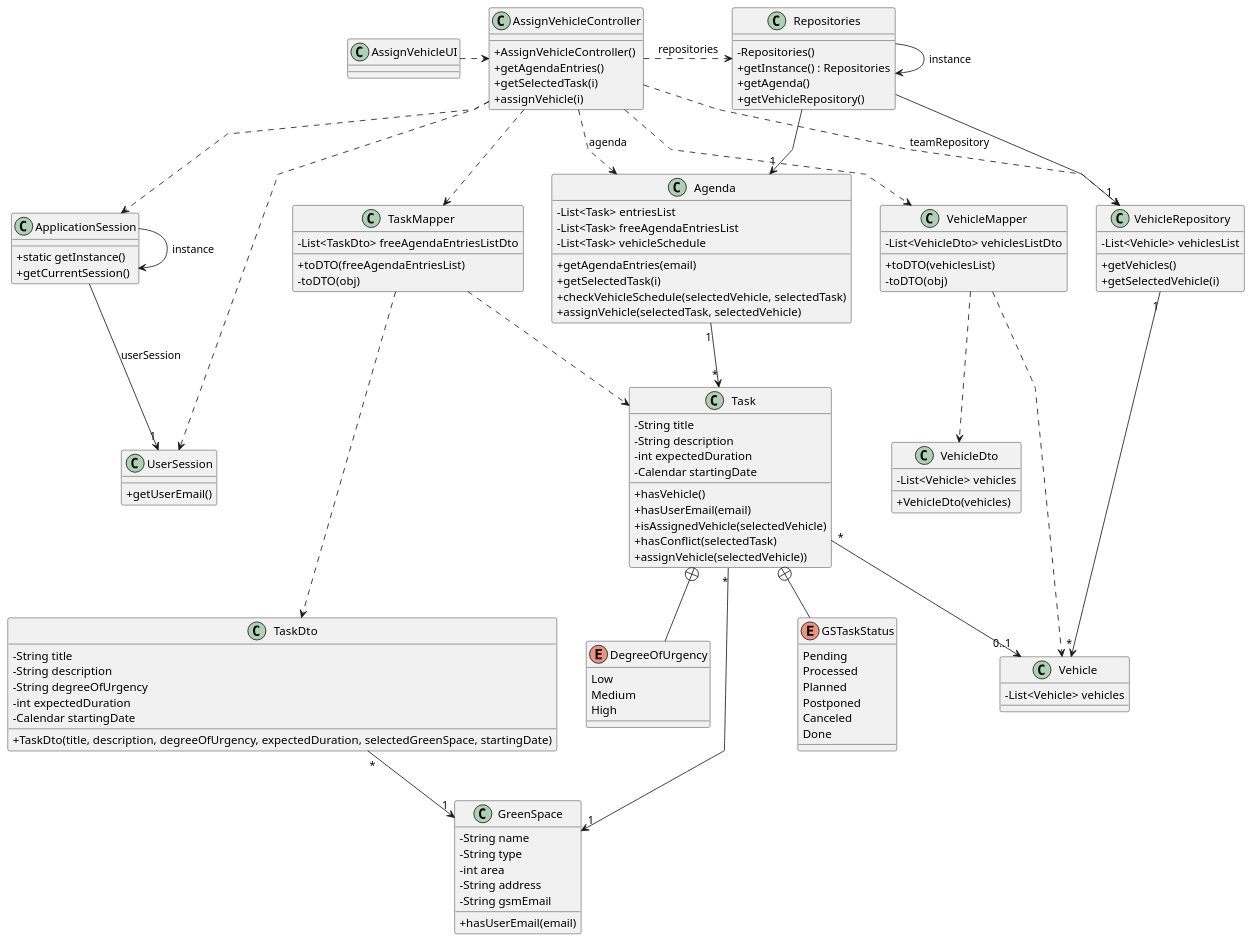
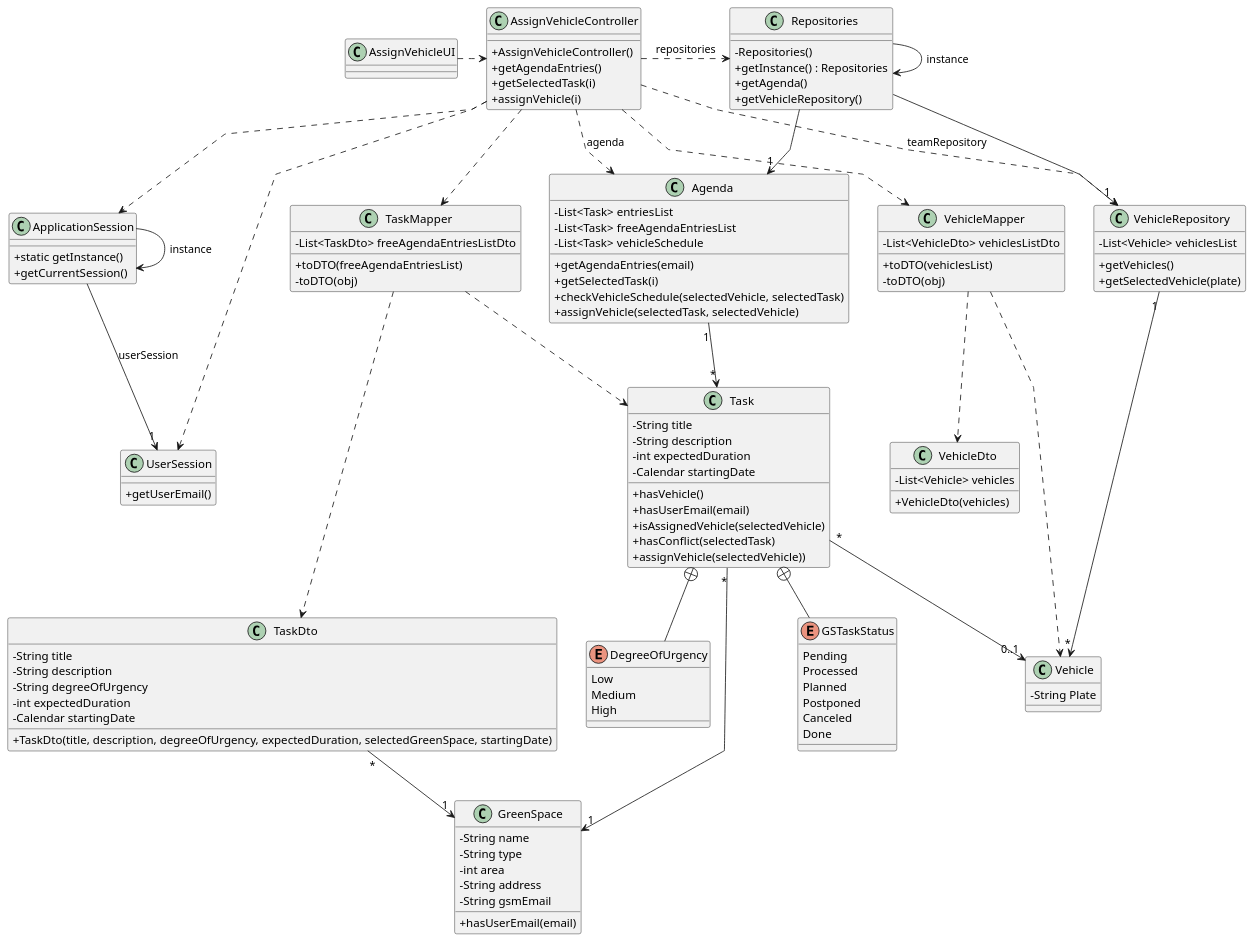
The diagram in docs/sprintC/us026/03.design/puml/us026-class-diagram.puml (Departamento-de-Engenharia-Informatica/lei-24-s2-1dm-g132), drawn with PlantUML before and after one commit. The commit also changed 14 other files, not shown here.

```diff
--- a/docs/sprintC/us026/03.design/puml/us026-class-diagram.puml
+++ b/docs/sprintC/us026/03.design/puml/us026-class-diagram.puml
@@ -1,180 +1,180 @@
 @startuml
 'skinparam monochrome true
 skinparam packageStyle rectangle
 skinparam shadowing false
 skinparam linetype polyline
 'skinparam linetype orto
 
 skinparam classAttributeIconSize 0
 
 'left to right direction
 
 class AssignVehicleUI
 {
 
 }
 
 class AssignVehicleController
 {
     + AssignVehicleController()
     + getAgendaEntries()
     + getSelectedTask(i)
     + assignVehicle(i)
 }
 
 class ApplicationSession
 {
     + static getInstance()
     + getCurrentSession()
 }
 
 class Repositories
 {
     - Repositories()
     + getInstance() : Repositories
     + getAgenda()
     + getVehicleRepository()
 }
 
 class UserSession
 {
     + getUserEmail()
 }
 
 class Agenda
 {
     - List<Task> entriesList
     - List<Task> freeAgendaEntriesList
     - List<Task> vehicleSchedule
     + getAgendaEntries(email)
     + getSelectedTask(i)
     + checkVehicleSchedule(selectedVehicle, selectedTask)
     + assignVehicle(selectedTask, selectedVehicle)
 }
 
 class TaskMapper
 {
     - List<TaskDto> freeAgendaEntriesListDto
     + toDTO(freeAgendaEntriesList)
     - toDTO(obj)
 }
 
 class TaskDto
 {
     - String title
     - String description
     - String degreeOfUrgency
     - int expectedDuration
     - Calendar startingDate
     + TaskDto(title, description, degreeOfUrgency, expectedDuration, selectedGreenSpace, startingDate)
 }
 
 class Task
 {
     - String title
     - String description
     - int expectedDuration
     - Calendar startingDate
     + hasVehicle()
     + hasUserEmail(email)
     + isAssignedVehicle(selectedVehicle)
     + hasConflict(selectedTask)
     + assignVehicle(selectedVehicle))
 }
 
 enum DegreeOfUrgency
 {
     Low
     Medium
     High
 }
 
 enum GSTaskStatus
 {
     Pending
     Processed
     Planned
     Postponed
     Canceled
     Done
 }
 
 class VehicleRepository
 {
     - List<Vehicle> vehiclesList
     + getVehicles()
-    + getSelectedVehicle(i)
+    + getSelectedVehicle(plate)
 }
 
 class VehicleMapper
 {
     - List<VehicleDto> vehiclesListDto
     + toDTO(vehiclesList)
     - toDTO(obj)
 }
 
 class VehicleDto
 {
     - List<Vehicle> vehicles
     + VehicleDto(vehicles)
 }
 
 class Vehicle
 {
-    - List<Vehicle> vehicles
+    - String Plate
 }
 
 class GreenSpace
 {
     - String name
     - String type
     - int area
     - String address
     - String gsmEmail
     + hasUserEmail(email)
 }
 
 
 
 
 
 Task +-- DegreeOfUrgency
 Task +-- GSTaskStatus
 
 Repositories -> Repositories : instance
 ApplicationSession -> ApplicationSession : instance
 
 AssignVehicleUI .> AssignVehicleController
 
 AssignVehicleController .> Repositories : repositories
 
 Repositories --> "1" VehicleRepository
 Repositories --> "1" Agenda
 
 AssignVehicleController ..> ApplicationSession
 AssignVehicleController ..> UserSession
 ApplicationSession --> "1" UserSession : userSession
 AssignVehicleController ..> Agenda : agenda
 AssignVehicleController ..> VehicleRepository : teamRepository
 AssignVehicleController ..> TaskMapper
 AssignVehicleController ..> VehicleMapper
 
 Agenda "1" --> "*" Task
 VehicleRepository "1" ---> "*" Vehicle
 
 TaskMapper ...> TaskDto
 TaskMapper ..> Task
 
 Task "*" --> "1" GreenSpace
 TaskDto "*" --> "1" GreenSpace
 
 VehicleMapper ..> VehicleDto
 VehicleMapper ..> Vehicle
 
 Task "*" --> "0..1" Vehicle
 
 
 
 
 
 @enduml
```
